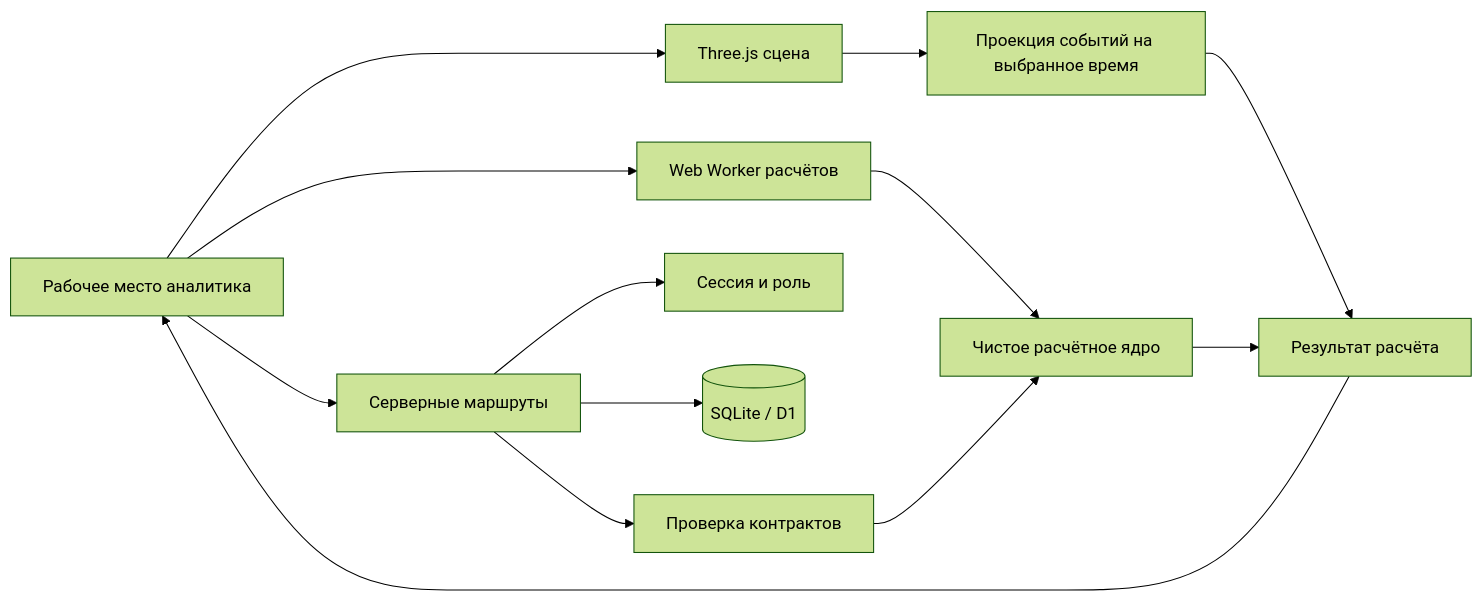
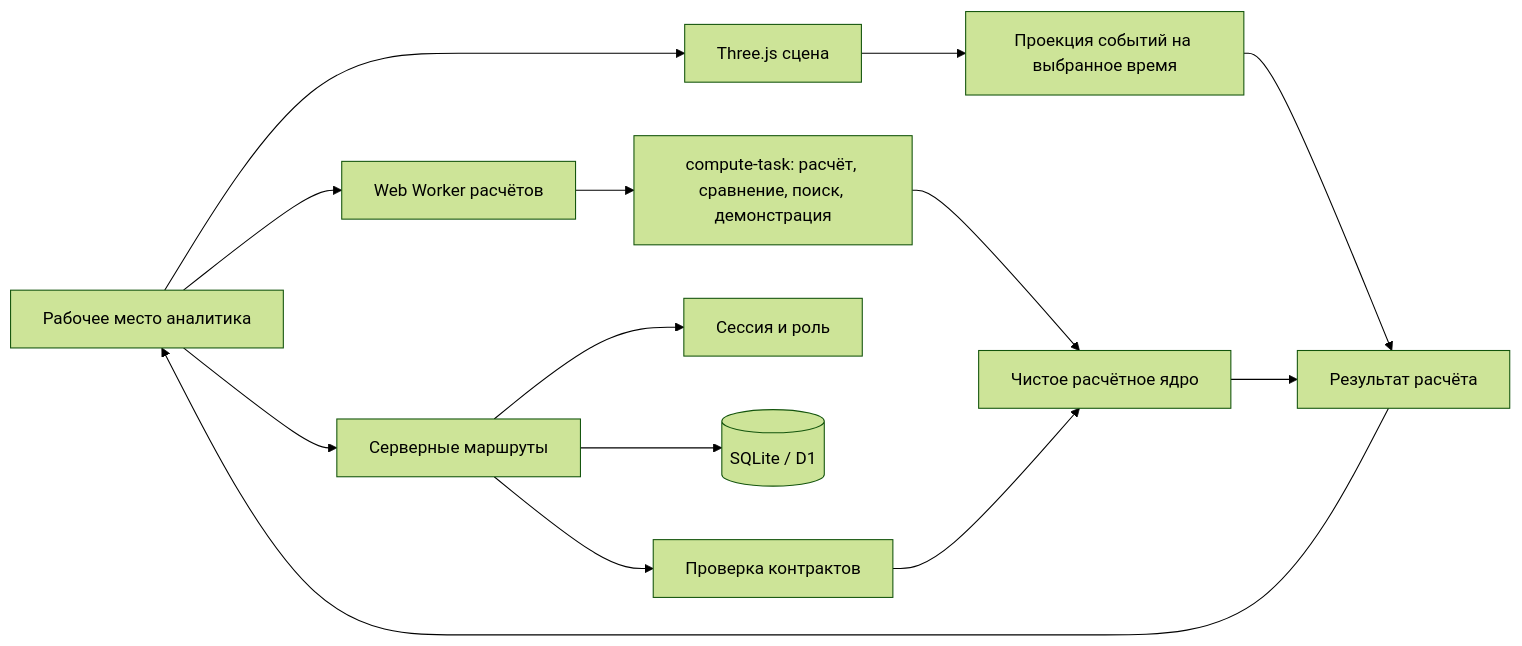
The first of 7 diagrams in docs/architecture.md (code7-8/potok-digital-twin), drawn with Mermaid (forest theme) before and after one commit. The commit also changed other lines of this file and 27 other files, not shown here.

````diff
--- a/docs/architecture.md
+++ b/docs/architecture.md
@@ -7,15 +7,16 @@
 ```mermaid
 flowchart LR
   UI[Рабочее место аналитика] --> W[Web Worker расчётов]
   UI --> API[Серверные маршруты]
   UI --> TOUR[Three.js сцена]
-  W --> CORE[Чистое расчётное ядро]
+  W --> TASKS[compute-task: расчёт, сравнение, поиск, демонстрация]
+  TASKS --> CORE[Чистое расчётное ядро]
   TOUR --> PROJ[Проекция событий на выбранное время]
   PROJ --> RESULT[Результат расчёта]
   CORE --> RESULT
   API --> AUTH[Сессия и роль]
   API --> DB[(SQLite / D1)]
   API --> VALIDATE[Проверка контрактов]
   VALIDATE --> CORE
   RESULT --> UI
 ```
````
